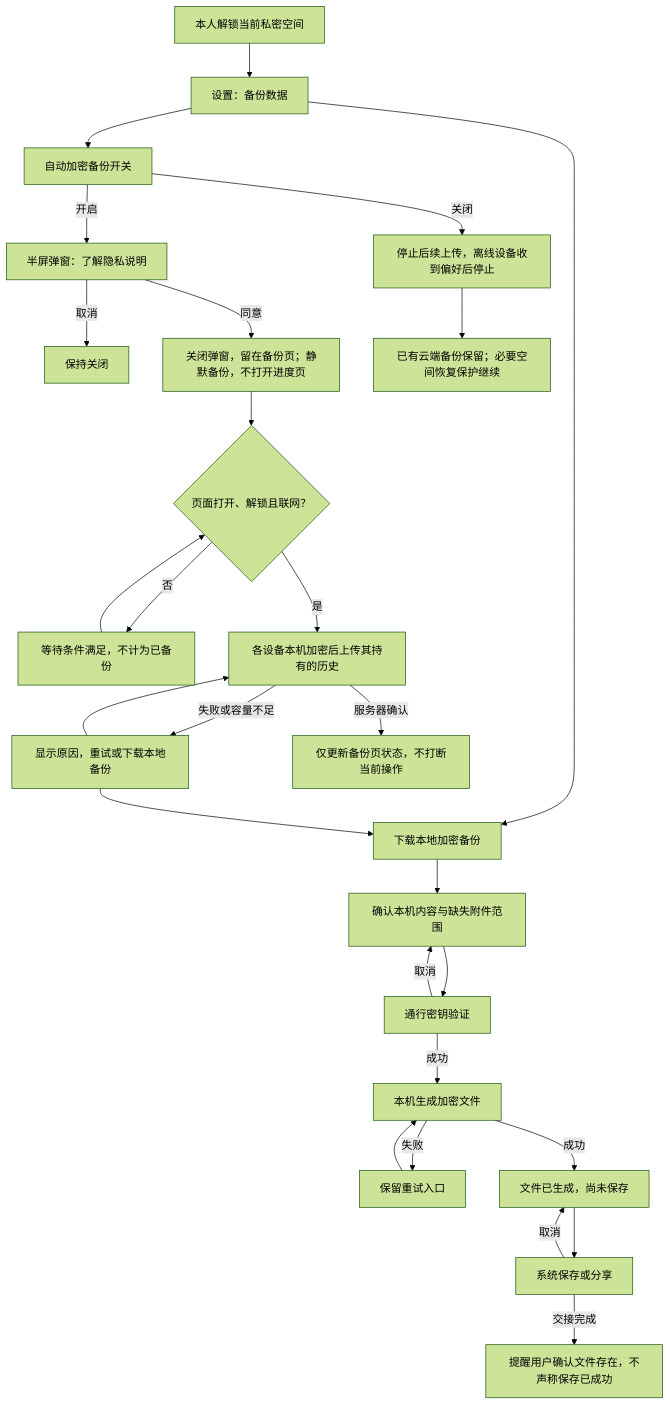
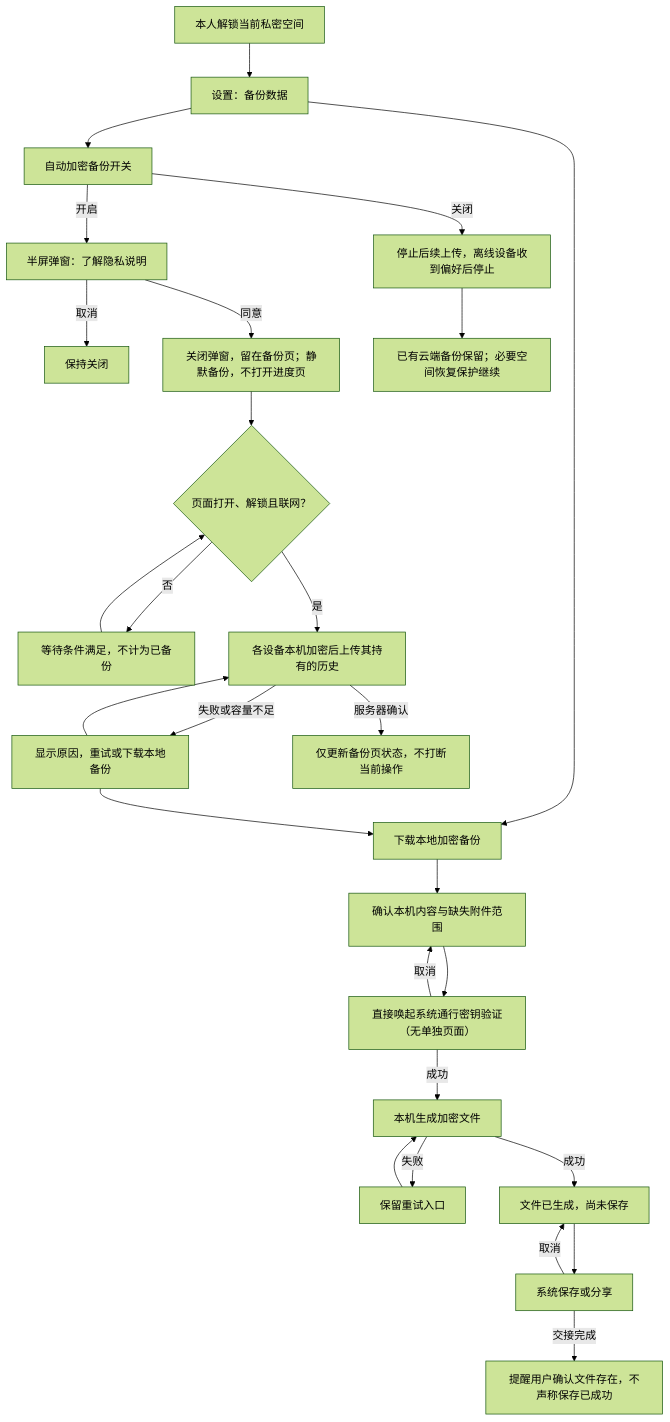
One commit to zdaiwmm/shui-IM changed the first of 3 diagrams in docs/requirements/2026-09-28-backup-recovery/flow.md. Above: the diagram before and after it, drawn with Mermaid (forest theme). The commit also changed 29 other files, not shown here.

````diff
--- a/docs/requirements/2026-09-28-backup-recovery/flow.md
+++ b/docs/requirements/2026-09-28-backup-recovery/flow.md
@@ -7,29 +7,29 @@
 ```mermaid
 flowchart TD
   A["本人解锁当前私密空间"] --> B["设置：备份数据"]
   B --> L["下载本地加密备份"]
   L --> LS["确认本机内容与缺失附件范围"]
-  LS --> LA["通行密钥验证"]
+  LS --> LA["直接唤起系统通行密钥验证（无单独页面）"]
   LA -->|"成功"| LG["本机生成加密文件"]
   LA -->|"取消"| LS
   LG -->|"失败"| LR["保留重试入口"]
   LR --> LG
   LG -->|"成功"| LF["文件已生成，尚未保存"]
   LF --> OS["系统保存或分享"]
   OS -->|"取消"| LF
   OS -->|"交接完成"| LC["提醒用户确认文件存在，不声称保存已成功"]
   B --> C["自动加密备份开关"]
   C -->|"开启"| P["半屏弹窗：了解隐私说明"]
   P -->|"取消"| OFF["保持关闭"]
   P -->|"同意"| ON["关闭弹窗，留在备份页；静默备份，不打开进度页"]
   ON --> READY{"页面打开、解锁且联网？"}
   READY -->|"否"| WAIT["等待条件满足，不计为已备份"]
   WAIT --> READY
   READY -->|"是"| U["各设备本机加密后上传其持有的历史"]
   U -->|"失败或容量不足"| E["显示原因，重试或下载本地备份"]
   E --> U
   E --> L
   U -->|"服务器确认"| S["仅更新备份页状态，不打断当前操作"]
   C -->|"关闭"| STOP["停止后续上传，离线设备收到偏好后停止"]
   STOP --> KEEP["已有云端备份保留；必要空间恢复保护继续"]
 ```
````
